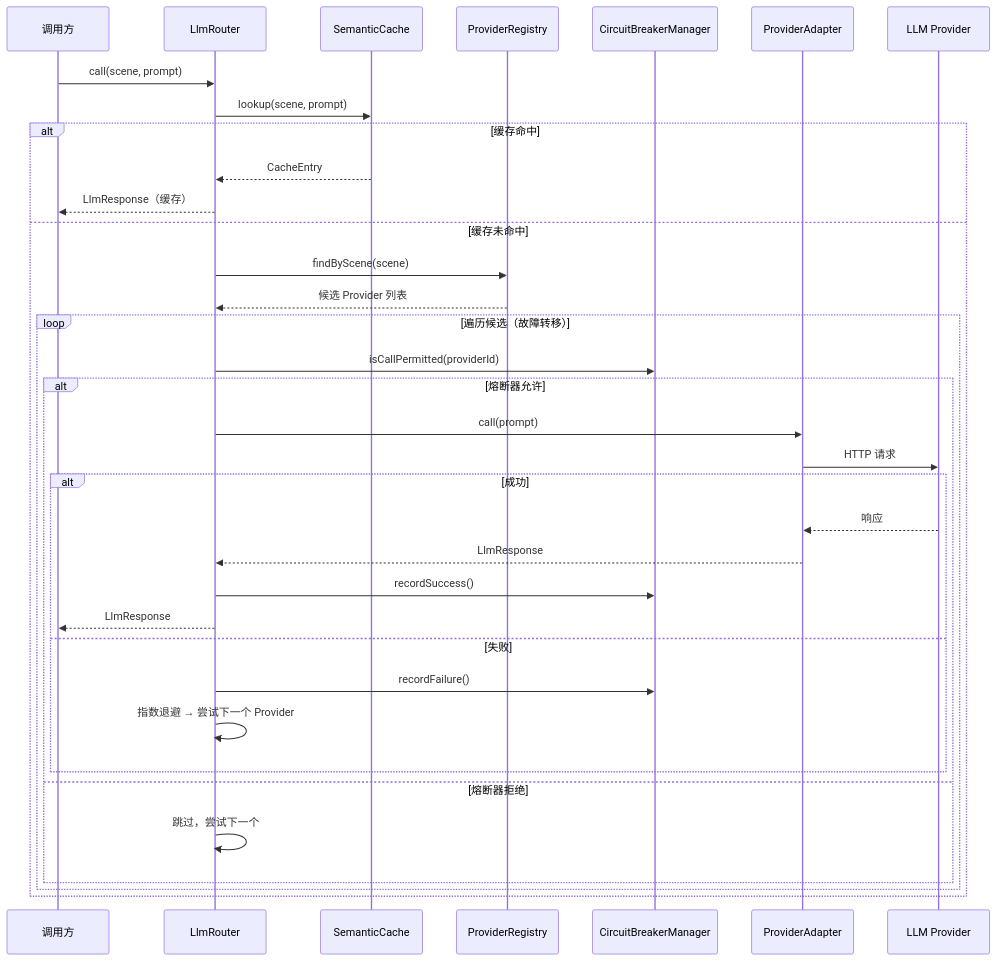
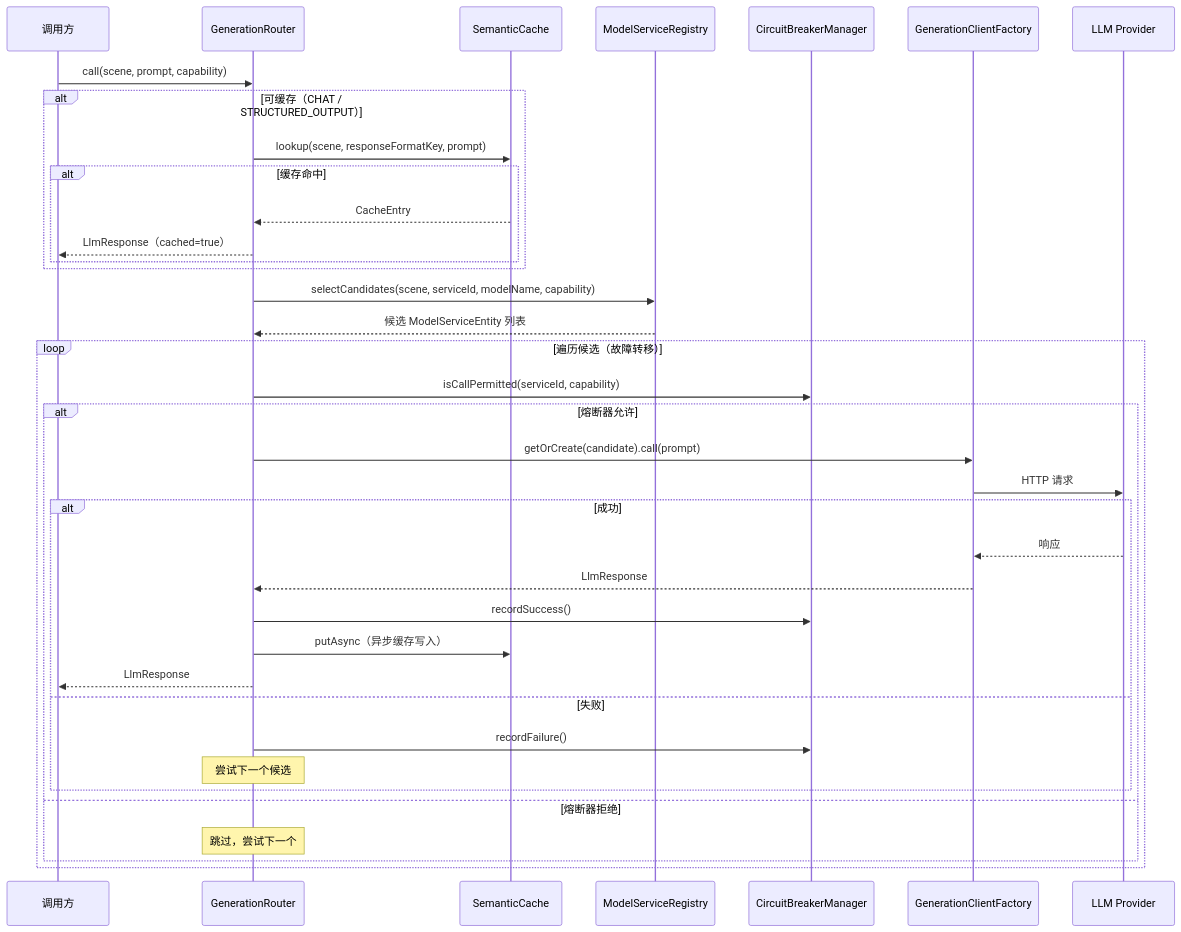
Before and after one commit to ntygod/LifePilot: the second of 3 diagrams in docs/architecture/llm-router.md, drawn with Mermaid. The commit also changed other lines of this file and 46 other files, not shown here.

````diff
--- a/docs/architecture/llm-router.md
+++ b/docs/architecture/llm-router.md
@@ -90,38 +195,40 @@
 ```mermaid
 sequenceDiagram
     participant C as 调用方
-    participant R as LlmRouter
+    participant GR as GenerationRouter
     participant SC as SemanticCache
-    participant REG as ProviderRegistry
+    participant REG as ModelServiceRegistry
     participant CB as CircuitBreakerManager
-    participant A as ProviderAdapter
+    participant CF as GenerationClientFactory
     participant LLM as LLM Provider
 
-    C->>R: call(scene, prompt)
-    R->>SC: lookup(scene, prompt)
-    alt 缓存命中
-        SC-->>R: CacheEntry
-        R-->>C: LlmResponse（缓存）
-    else 缓存未命中
-        R->>REG: findByScene(scene)
-        REG-->>R: 候选 Provider 列表
-        loop 遍历候选（故障转移）
-            R->>CB: isCallPermitted(providerId)
-            alt 熔断器允许
-                R->>A: call(prompt)
-                A->>LLM: HTTP 请求
-                alt 成功
-                    LLM-->>A: 响应
-                    A-->>R: LlmResponse
-                    R->>CB: recordSuccess()
-                    R-->>C: LlmResponse
-                else 失败
-                    R->>CB: recordFailure()
-                    R->>R: 指数退避 → 尝试下一个 Provider
-                end
-            else 熔断器拒绝
-                R->>R: 跳过，尝试下一个
+    C->>GR: call(scene, prompt, capability)
+    alt 可缓存（CHAT / STRUCTURED_OUTPUT）
+        GR->>SC: lookup(scene, responseFormatKey, prompt)
+        alt 缓存命中
+            SC-->>GR: CacheEntry
+            GR-->>C: LlmResponse（cached=true）
+        end
+    end
+    GR->>REG: selectCandidates(scene, serviceId, modelName, capability)
+    REG-->>GR: 候选 ModelServiceEntity 列表
+    loop 遍历候选（故障转移）
+        GR->>CB: isCallPermitted(serviceId, capability)
+        alt 熔断器允许
+            GR->>CF: getOrCreate(candidate).call(prompt)
+            CF->>LLM: HTTP 请求
+            alt 成功
+                LLM-->>CF: 响应
+                CF-->>GR: LlmResponse
+                GR->>CB: recordSuccess()
+                GR->>SC: putAsync（异步缓存写入）
+                GR-->>C: LlmResponse
+            else 失败
+                GR->>CB: recordFailure()
+                Note over GR: 尝试下一个候选
             end
+        else 熔断器拒绝
+            Note over GR: 跳过，尝试下一个
         end
     end
 ```
````
